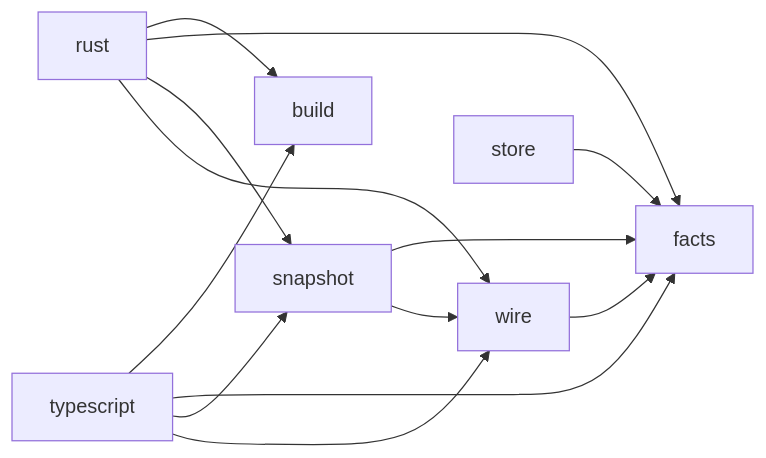
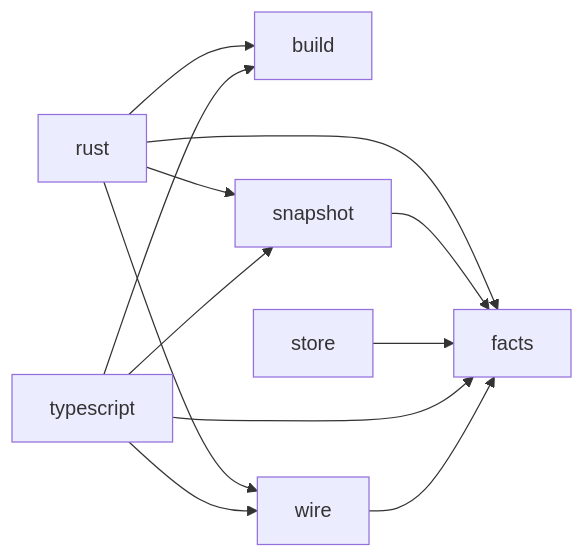
The diagram in docs/architecture/native.md (rapiddweller/archkeel), drawn with Mermaid before and after one commit. The commit also changed other lines of this file and 29 other files, not shown here.

````diff
--- a/docs/architecture/native.md
+++ b/docs/architecture/native.md
@@ -23,15 +23,14 @@
 ```mermaid
 flowchart LR
     rust --> build
     rust --> facts
     rust --> snapshot
     rust --> wire
     snapshot --> facts
-    snapshot --> wire
     store --> facts
     typescript --> build
     typescript --> facts
     typescript --> snapshot
     typescript --> wire
     wire --> facts
 ```
````
